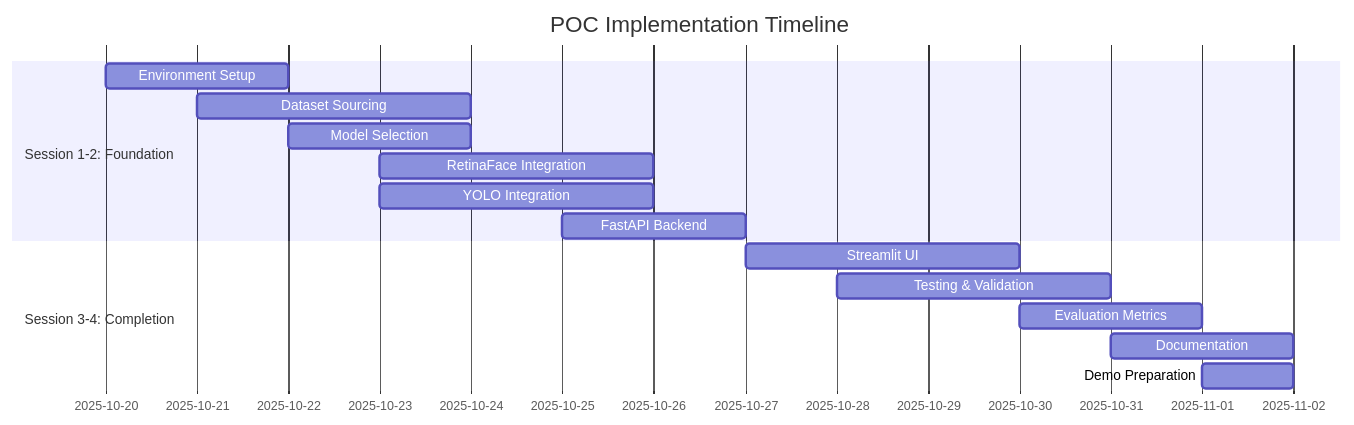
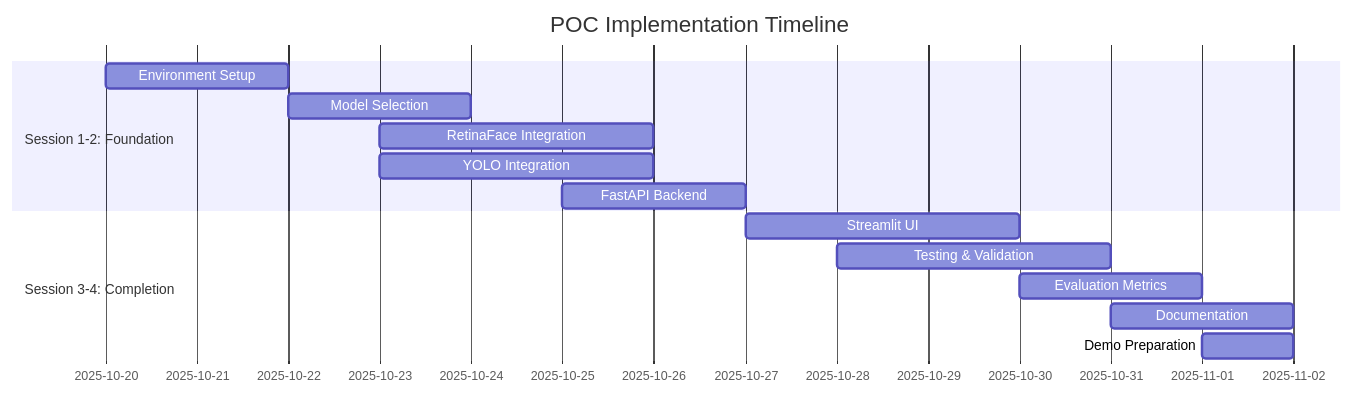
Before and after one commit to FidFenix/htw-emerging-photo: the first of 2 diagrams in docs/PLANNING.md, drawn with Mermaid. The commit also changed other lines of this file and 4 other files, not shown here.

````diff
--- a/docs/PLANNING.md
+++ b/docs/PLANNING.md
@@ -75,18 +77,17 @@
 ```mermaid
 gantt
     title POC Implementation Timeline
     dateFormat YYYY-MM-DD
     section Session 1-2: Foundation
     Environment Setup           :2025-10-20, 2d
-    Dataset Sourcing           :2025-10-21, 3d
     Model Selection            :2025-10-22, 2d
     RetinaFace Integration     :2025-10-23, 3d
     YOLO Integration           :2025-10-23, 3d
     FastAPI Backend            :2025-10-25, 2d
     section Session 3-4: Completion
     Streamlit UI               :2025-10-27, 3d
     Testing & Validation       :2025-10-28, 3d
     Evaluation Metrics         :2025-10-30, 2d
     Documentation              :2025-10-31, 2d
     Demo Preparation           :2025-11-01, 1d
 ```
````
